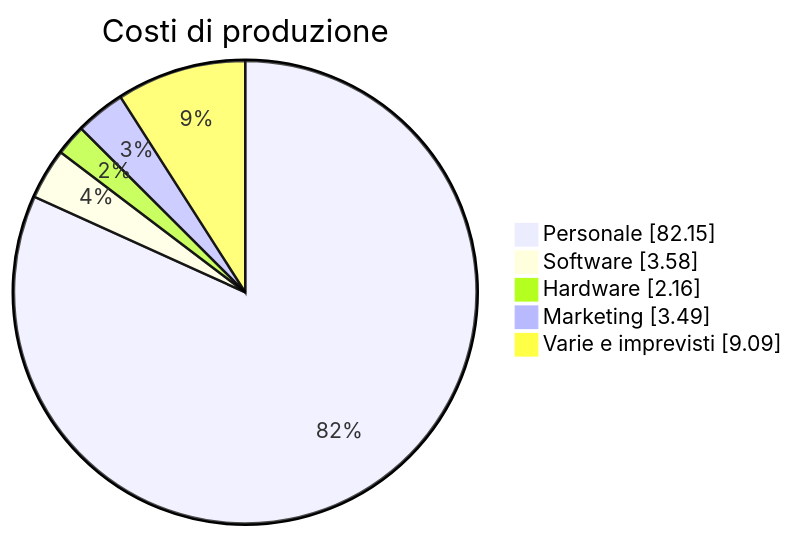
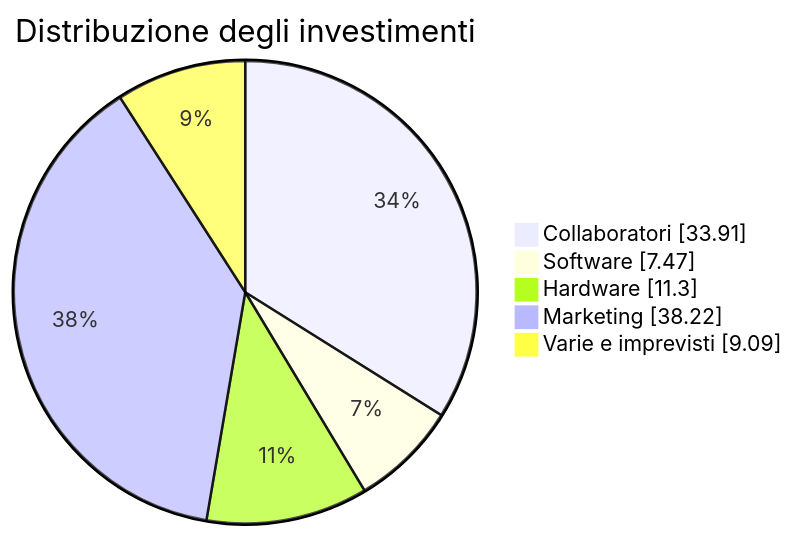
The first of 2 diagrams in report/scoping/Feasibility-Studies.md (JBmanu/AthenaPlay-PM), drawn with Mermaid before and after one commit. The commit also changed other lines of this file and 4 other files, not shown here.

````diff
--- a/report/scoping/Feasibility-Studies.md
+++ b/report/scoping/Feasibility-Studies.md
@@ -38,16 +42,16 @@
 ```mermaid
 ---
 config:
 pie:
 textPosition: 0.5
 themeVariables:
 pieOuterStrokeWidth: "5px"
 ---
 pie showData
-    title Costi di produzione
-    "Personale": 82.15
-    "Software": 3.58
-    "Hardware": 2.16
-    "Marketing": 3.49
+    title Distribuzione degli investimenti
+    "Collaboratori": 33.91
+    "Software": 7.47
+    "Hardware": 11.30
+    "Marketing": 38.22
     "Varie e imprevisti": 9.09
 ```
````
